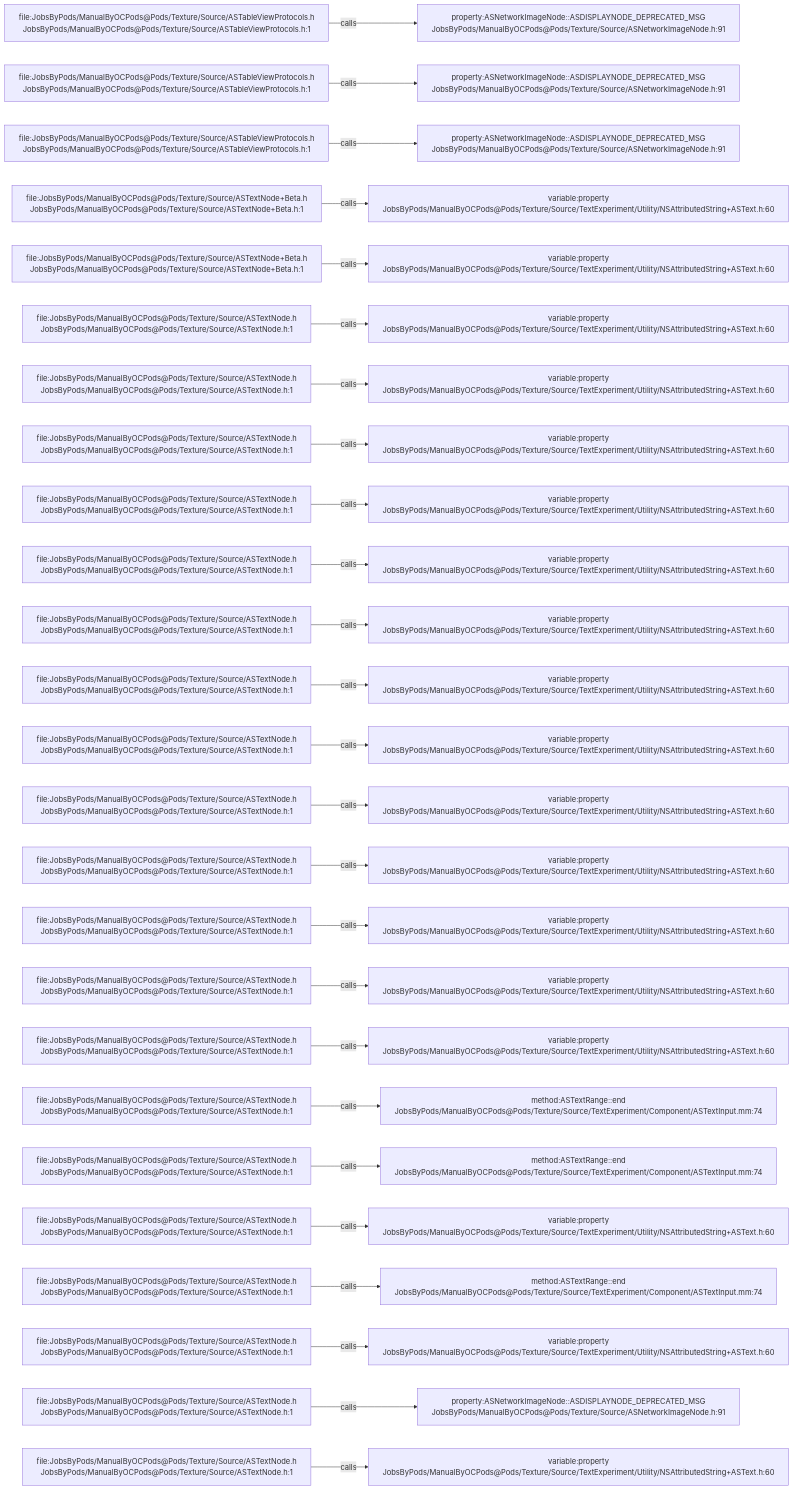
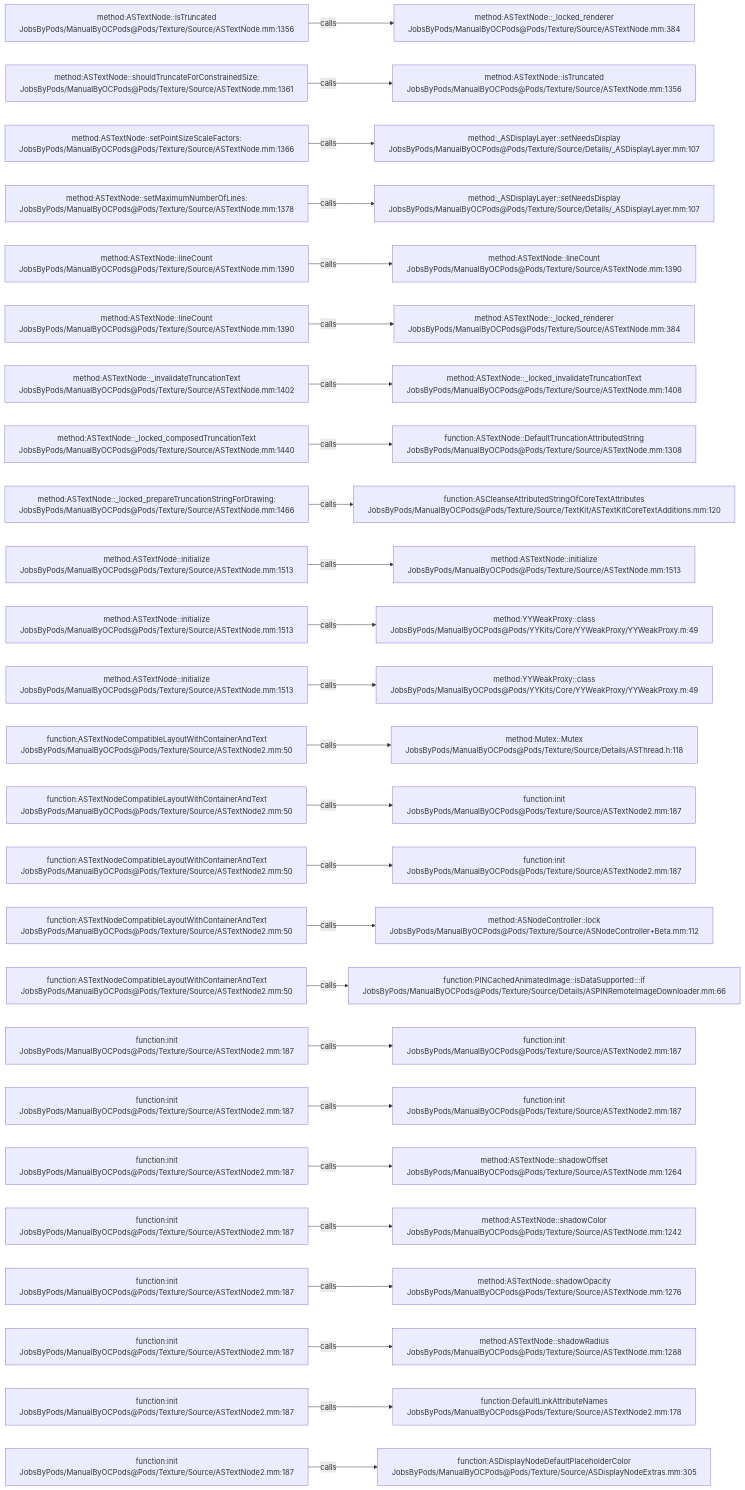
One commit to JobsKits/JobsOCBaseConfigDemo changed the diagram in .codegraph/codegraph.md/graphs/calls-140.md. Above: the diagram before and after it, drawn with Mermaid. The commit also changed 1223 other files, not shown here.

````diff
--- a/.codegraph/codegraph.md/graphs/calls-140.md
+++ b/.codegraph/codegraph.md/graphs/calls-140.md
@@ -13,78 +13,78 @@
 ```mermaid
 flowchart LR
-  S1["file:JobsByPods/ManualByOCPods@Pods/Texture/Source/ASTableViewProtocols.h<br/>JobsByPods/ManualByOCPods@Pods/Texture/Source/ASTableViewProtocols.h:1"]
-  T1["property:ASNetworkImageNode::ASDISPLAYNODE_DEPRECATED_MSG<br/>JobsByPods/ManualByOCPods@Pods/Texture/Source/ASNetworkImageNode.h:91"]
+  S1["method:ASTextNode::isTruncated<br/>JobsByPods/ManualByOCPods@Pods/Texture/Source/ASTextNode.mm:1356"]
+  T1["method:ASTextNode::_locked_renderer<br/>JobsByPods/ManualByOCPods@Pods/Texture/Source/ASTextNode.mm:384"]
   S1 -->|calls| T1
-  S2["file:JobsByPods/ManualByOCPods@Pods/Texture/Source/ASTableViewProtocols.h<br/>JobsByPods/ManualByOCPods@Pods/Texture/Source/ASTableViewProtocols.h:1"]
-  T2["property:ASNetworkImageNode::ASDISPLAYNODE_DEPRECATED_MSG<br/>JobsByPods/ManualByOCPods@Pods/Texture/Source/ASNetworkImageNode.h:91"]
+  S2["method:ASTextNode::shouldTruncateForConstrainedSize:<br/>JobsByPods/ManualByOCPods@Pods/Texture/Source/ASTextNode.mm:1361"]
+  T2["method:ASTextNode::isTruncated<br/>JobsByPods/ManualByOCPods@Pods/Texture/Source/ASTextNode.mm:1356"]
   S2 -->|calls| T2
-  S3["file:JobsByPods/ManualByOCPods@Pods/Texture/Source/ASTableViewProtocols.h<br/>JobsByPods/ManualByOCPods@Pods/Texture/Source/ASTableViewProtocols.h:1"]
-  T3["property:ASNetworkImageNode::ASDISPLAYNODE_DEPRECATED_MSG<br/>JobsByPods/ManualByOCPods@Pods/Texture/Source/ASNetworkImageNode.h:91"]
+  S3["method:ASTextNode::setPointSizeScaleFactors:<br/>JobsByPods/ManualByOCPods@Pods/Texture/Source/ASTextNode.mm:1366"]
+  T3["method:_ASDisplayLayer::setNeedsDisplay<br/>JobsByPods/ManualByOCPods@Pods/Texture/Source/Details/_ASDisplayLayer.mm:107"]
   S3 -->|calls| T3
-  S4["file:JobsByPods/ManualByOCPods@Pods/Texture/Source/ASTextNode+Beta.h<br/>JobsByPods/ManualByOCPods@Pods/Texture/Source/ASTextNode+Beta.h:1"]
-  T4["variable:property<br/>JobsByPods/ManualByOCPods@Pods/Texture/Source/TextExperiment/Utility/NSAttributedString+ASText.h:60"]
+  S4["method:ASTextNode::setMaximumNumberOfLines:<br/>JobsByPods/ManualByOCPods@Pods/Texture/Source/ASTextNode.mm:1378"]
+  T4["method:_ASDisplayLayer::setNeedsDisplay<br/>JobsByPods/ManualByOCPods@Pods/Texture/Source/Details/_ASDisplayLayer.mm:107"]
   S4 -->|calls| T4
-  S5["file:JobsByPods/ManualByOCPods@Pods/Texture/Source/ASTextNode+Beta.h<br/>JobsByPods/ManualByOCPods@Pods/Texture/Source/ASTextNode+Beta.h:1"]
-  T5["variable:property<br/>JobsByPods/ManualByOCPods@Pods/Texture/Source/TextExperiment/Utility/NSAttributedString+ASText.h:60"]
+  S5["method:ASTextNode::lineCount<br/>JobsByPods/ManualByOCPods@Pods/Texture/Source/ASTextNode.mm:1390"]
+  T5["method:ASTextNode::lineCount<br/>JobsByPods/ManualByOCPods@Pods/Texture/Source/ASTextNode.mm:1390"]
   S5 -->|calls| T5
-  S6["file:JobsByPods/ManualByOCPods@Pods/Texture/Source/ASTextNode.h<br/>JobsByPods/ManualByOCPods@Pods/Texture/Source/ASTextNode.h:1"]
-  T6["variable:property<br/>JobsByPods/ManualByOCPods@Pods/Texture/Source/TextExperiment/Utility/NSAttributedString+ASText.h:60"]
+  S6["method:ASTextNode::lineCount<br/>JobsByPods/ManualByOCPods@Pods/Texture/Source/ASTextNode.mm:1390"]
+  T6["method:ASTextNode::_locked_renderer<br/>JobsByPods/ManualByOCPods@Pods/Texture/Source/ASTextNode.mm:384"]
   S6 -->|calls| T6
-  S7["file:JobsByPods/ManualByOCPods@Pods/Texture/Source/ASTextNode.h<br/>JobsByPods/ManualByOCPods@Pods/Texture/Source/ASTextNode.h:1"]
-  T7["variable:property<br/>JobsByPods/ManualByOCPods@Pods/Texture/Source/TextExperiment/Utility/NSAttributedString+ASText.h:60"]
+  S7["method:ASTextNode::_invalidateTruncationText<br/>JobsByPods/ManualByOCPods@Pods/Texture/Source/ASTextNode.mm:1402"]
+  T7["method:ASTextNode::_locked_invalidateTruncationText<br/>JobsByPods/ManualByOCPods@Pods/Texture/Source/ASTextNode.mm:1408"]
   S7 -->|calls| T7
-  S8["file:JobsByPods/ManualByOCPods@Pods/Texture/Source/ASTextNode.h<br/>JobsByPods/ManualByOCPods@Pods/Texture/Source/ASTextNode.h:1"]
-  T8["variable:property<br/>JobsByPods/ManualByOCPods@Pods/Texture/Source/TextExperiment/Utility/NSAttributedString+ASText.h:60"]
+  S8["method:ASTextNode::_locked_composedTruncationText<br/>JobsByPods/ManualByOCPods@Pods/Texture/Source/ASTextNode.mm:1440"]
+  T8["function:ASTextNode::DefaultTruncationAttributedString<br/>JobsByPods/ManualByOCPods@Pods/Texture/Source/ASTextNode.mm:1308"]
   S8 -->|calls| T8
-  S9["file:JobsByPods/ManualByOCPods@Pods/Texture/Source/ASTextNode.h<br/>JobsByPods/ManualByOCPods@Pods/Texture/Source/ASTextNode.h:1"]
-  T9["variable:property<br/>JobsByPods/ManualByOCPods@Pods/Texture/Source/TextExperiment/Utility/NSAttributedString+ASText.h:60"]
+  S9["method:ASTextNode::_locked_prepareTruncationStringForDrawing:<br/>JobsByPods/ManualByOCPods@Pods/Texture/Source/ASTextNode.mm:1466"]
+  T9["function:ASCleanseAttributedStringOfCoreTextAttributes<br/>JobsByPods/ManualByOCPods@Pods/Texture/Source/TextKit/ASTextKitCoreTextAdditions.mm:120"]
   S9 -->|calls| T9
-  S10["file:JobsByPods/ManualByOCPods@Pods/Texture/Source/ASTextNode.h<br/>JobsByPods/ManualByOCPods@Pods/Texture/Source/ASTextNode.h:1"]
-  T10["variable:property<br/>JobsByPods/ManualByOCPods@Pods/Texture/Source/TextExperiment/Utility/NSAttributedString+ASText.h:60"]
+  S10["method:ASTextNode::initialize<br/>JobsByPods/ManualByOCPods@Pods/Texture/Source/ASTextNode.mm:1513"]
+  T10["method:ASTextNode::initialize<br/>JobsByPods/ManualByOCPods@Pods/Texture/Source/ASTextNode.mm:1513"]
   S10 -->|calls| T10
-  S11["file:JobsByPods/ManualByOCPods@Pods/Texture/Source/ASTextNode.h<br/>JobsByPods/ManualByOCPods@Pods/Texture/Source/ASTextNode.h:1"]
-  T11["variable:property<br/>JobsByPods/ManualByOCPods@Pods/Texture/Source/TextExperiment/Utility/NSAttributedString+ASText.h:60"]
+  S11["method:ASTextNode::initialize<br/>JobsByPods/ManualByOCPods@Pods/Texture/Source/ASTextNode.mm:1513"]
+  T11["method:YYWeakProxy::class<br/>JobsByPods/ManualByOCPods@Pods/YYKits/Core/YYWeakProxy/YYWeakProxy.m:49"]
   S11 -->|calls| T11
-  S12["file:JobsByPods/ManualByOCPods@Pods/Texture/Source/ASTextNode.h<br/>JobsByPods/ManualByOCPods@Pods/Texture/Source/ASTextNode.h:1"]
-  T12["variable:property<br/>JobsByPods/ManualByOCPods@Pods/Texture/Source/TextExperiment/Utility/NSAttributedString+ASText.h:60"]
+  S12["method:ASTextNode::initialize<br/>JobsByPods/ManualByOCPods@Pods/Texture/Source/ASTextNode.mm:1513"]
+  T12["method:YYWeakProxy::class<br/>JobsByPods/ManualByOCPods@Pods/YYKits/Core/YYWeakProxy/YYWeakProxy.m:49"]
   S12 -->|calls| T12
-  S13["file:JobsByPods/ManualByOCPods@Pods/Texture/Source/ASTextNode.h<br/>JobsByPods/ManualByOCPods@Pods/Texture/Source/ASTextNode.h:1"]
-  T13["variable:property<br/>JobsByPods/ManualByOCPods@Pods/Texture/Source/TextExperiment/Utility/NSAttributedString+ASText.h:60"]
+  S13["function:ASTextNodeCompatibleLayoutWithContainerAndText<br/>JobsByPods/ManualByOCPods@Pods/Texture/Source/ASTextNode2.mm:50"]
+  T13["method:Mutex::Mutex<br/>JobsByPods/ManualByOCPods@Pods/Texture/Source/Details/ASThread.h:118"]
   S13 -->|calls| T13
-  S14["file:JobsByPods/ManualByOCPods@Pods/Texture/Source/ASTextNode.h<br/>JobsByPods/ManualByOCPods@Pods/Texture/Source/ASTextNode.h:1"]
-  T14["variable:property<br/>JobsByPods/ManualByOCPods@Pods/Texture/Source/TextExperiment/Utility/NSAttributedString+ASText.h:60"]
+  S14["function:ASTextNodeCompatibleLayoutWithContainerAndText<br/>JobsByPods/ManualByOCPods@Pods/Texture/Source/ASTextNode2.mm:50"]
+  T14["function:init<br/>JobsByPods/ManualByOCPods@Pods/Texture/Source/ASTextNode2.mm:187"]
   S14 -->|calls| T14
-  S15["file:JobsByPods/ManualByOCPods@Pods/Texture/Source/ASTextNode.h<br/>JobsByPods/ManualByOCPods@Pods/Texture/Source/ASTextNode.h:1"]
-  T15["variable:property<br/>JobsByPods/ManualByOCPods@Pods/Texture/Source/TextExperiment/Utility/NSAttributedString+ASText.h:60"]
+  S15["function:ASTextNodeCompatibleLayoutWithContainerAndText<br/>JobsByPods/ManualByOCPods@Pods/Texture/Source/ASTextNode2.mm:50"]
+  T15["function:init<br/>JobsByPods/ManualByOCPods@Pods/Texture/Source/ASTextNode2.mm:187"]
   S15 -->|calls| T15
-  S16["file:JobsByPods/ManualByOCPods@Pods/Texture/Source/ASTextNode.h<br/>JobsByPods/ManualByOCPods@Pods/Texture/Source/ASTextNode.h:1"]
-  T16["variable:property<br/>JobsByPods/ManualByOCPods@Pods/Texture/Source/TextExperiment/Utility/NSAttributedString+ASText.h:60"]
+  S16["function:ASTextNodeCompatibleLayoutWithContainerAndText<br/>JobsByPods/ManualByOCPods@Pods/Texture/Source/ASTextNode2.mm:50"]
+  T16["method:ASNodeController::lock<br/>JobsByPods/ManualByOCPods@Pods/Texture/Source/ASNodeController+Beta.mm:112"]
   S16 -->|calls| T16
-  S17["file:JobsByPods/ManualByOCPods@Pods/Texture/Source/ASTextNode.h<br/>JobsByPods/ManualByOCPods@Pods/Texture/Source/ASTextNode.h:1"]
-  T17["variable:property<br/>JobsByPods/ManualByOCPods@Pods/Texture/Source/TextExperiment/Utility/NSAttributedString+ASText.h:60"]
+  S17["function:ASTextNodeCompatibleLayoutWithContainerAndText<br/>JobsByPods/ManualByOCPods@Pods/Texture/Source/ASTextNode2.mm:50"]
+  T17["function:PINCachedAnimatedImage::isDataSupported:::if<br/>JobsByPods/ManualByOCPods@Pods/Texture/Source/Details/ASPINRemoteImageDownloader.mm:66"]
   S17 -->|calls| T17
-  S18["file:JobsByPods/ManualByOCPods@Pods/Texture/Source/ASTextNode.h<br/>JobsByPods/ManualByOCPods@Pods/Texture/Source/ASTextNode.h:1"]
-  T18["variable:property<br/>JobsByPods/ManualByOCPods@Pods/Texture/Source/TextExperiment/Utility/NSAttributedString+ASText.h:60"]
+  S18["function:init<br/>JobsByPods/ManualByOCPods@Pods/Texture/Source/ASTextNode2.mm:187"]
+  T18["function:init<br/>JobsByPods/ManualByOCPods@Pods/Texture/Source/ASTextNode2.mm:187"]
   S18 -->|calls| T18
-  S19["file:JobsByPods/ManualByOCPods@Pods/Texture/Source/ASTextNode.h<br/>JobsByPods/ManualByOCPods@Pods/Texture/Source/ASTextNode.h:1"]
-  T19["method:ASTextRange::end<br/>JobsByPods/ManualByOCPods@Pods/Texture/Source/TextExperiment/Component/ASTextInput.mm:74"]
+  S19["function:init<br/>JobsByPods/ManualByOCPods@Pods/Texture/Source/ASTextNode2.mm:187"]
+  T19["function:init<br/>JobsByPods/ManualByOCPods@Pods/Texture/Source/ASTextNode2.mm:187"]
   S19 -->|calls| T19
-  S20["file:JobsByPods/ManualByOCPods@Pods/Texture/Source/ASTextNode.h<br/>JobsByPods/ManualByOCPods@Pods/Texture/Source/ASTextNode.h:1"]
-  T20["method:ASTextRange::end<br/>JobsByPods/ManualByOCPods@Pods/Texture/Source/TextExperiment/Component/ASTextInput.mm:74"]
+  S20["function:init<br/>JobsByPods/ManualByOCPods@Pods/Texture/Source/ASTextNode2.mm:187"]
+  T20["method:ASTextNode::shadowOffset<br/>JobsByPods/ManualByOCPods@Pods/Texture/Source/ASTextNode.mm:1264"]
   S20 -->|calls| T20
-  S21["file:JobsByPods/ManualByOCPods@Pods/Texture/Source/ASTextNode.h<br/>JobsByPods/ManualByOCPods@Pods/Texture/Source/ASTextNode.h:1"]
-  T21["variable:property<br/>JobsByPods/ManualByOCPods@Pods/Texture/Source/TextExperiment/Utility/NSAttributedString+ASText.h:60"]
+  S21["function:init<br/>JobsByPods/ManualByOCPods@Pods/Texture/Source/ASTextNode2.mm:187"]
+  T21["method:ASTextNode::shadowColor<br/>JobsByPods/ManualByOCPods@Pods/Texture/Source/ASTextNode.mm:1242"]
   S21 -->|calls| T21
-  S22["file:JobsByPods/ManualByOCPods@Pods/Texture/Source/ASTextNode.h<br/>JobsByPods/ManualByOCPods@Pods/Texture/Source/ASTextNode.h:1"]
-  T22["method:ASTextRange::end<br/>JobsByPods/ManualByOCPods@Pods/Texture/Source/TextExperiment/Component/ASTextInput.mm:74"]
+  S22["function:init<br/>JobsByPods/ManualByOCPods@Pods/Texture/Source/ASTextNode2.mm:187"]
+  T22["method:ASTextNode::shadowOpacity<br/>JobsByPods/ManualByOCPods@Pods/Texture/Source/ASTextNode.mm:1276"]
   S22 -->|calls| T22
-  S23["file:JobsByPods/ManualByOCPods@Pods/Texture/Source/ASTextNode.h<br/>JobsByPods/ManualByOCPods@Pods/Texture/Source/ASTextNode.h:1"]
-  T23["variable:property<br/>JobsByPods/ManualByOCPods@Pods/Texture/Source/TextExperiment/Utility/NSAttributedString+ASText.h:60"]
+  S23["function:init<br/>JobsByPods/ManualByOCPods@Pods/Texture/Source/ASTextNode2.mm:187"]
+  T23["method:ASTextNode::shadowRadius<br/>JobsByPods/ManualByOCPods@Pods/Texture/Source/ASTextNode.mm:1288"]
   S23 -->|calls| T23
-  S24["file:JobsByPods/ManualByOCPods@Pods/Texture/Source/ASTextNode.h<br/>JobsByPods/ManualByOCPods@Pods/Texture/Source/ASTextNode.h:1"]
-  T24["property:ASNetworkImageNode::ASDISPLAYNODE_DEPRECATED_MSG<br/>JobsByPods/ManualByOCPods@Pods/Texture/Source/ASNetworkImageNode.h:91"]
+  S24["function:init<br/>JobsByPods/ManualByOCPods@Pods/Texture/Source/ASTextNode2.mm:187"]
+  T24["function:DefaultLinkAttributeNames<br/>JobsByPods/ManualByOCPods@Pods/Texture/Source/ASTextNode2.mm:178"]
   S24 -->|calls| T24
-  S25["file:JobsByPods/ManualByOCPods@Pods/Texture/Source/ASTextNode.h<br/>JobsByPods/ManualByOCPods@Pods/Texture/Source/ASTextNode.h:1"]
-  T25["variable:property<br/>JobsByPods/ManualByOCPods@Pods/Texture/Source/TextExperiment/Utility/NSAttributedString+ASText.h:60"]
+  S25["function:init<br/>JobsByPods/ManualByOCPods@Pods/Texture/Source/ASTextNode2.mm:187"]
+  T25["function:ASDisplayNodeDefaultPlaceholderColor<br/>JobsByPods/ManualByOCPods@Pods/Texture/Source/ASDisplayNodeExtras.mm:305"]
   S25 -->|calls| T25
 ```
````
